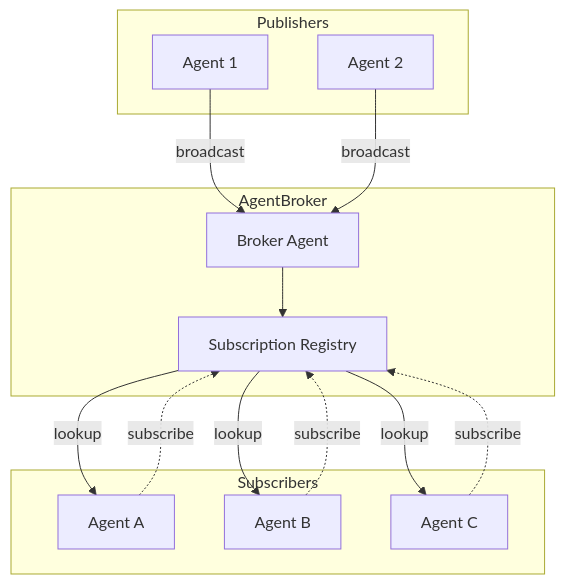
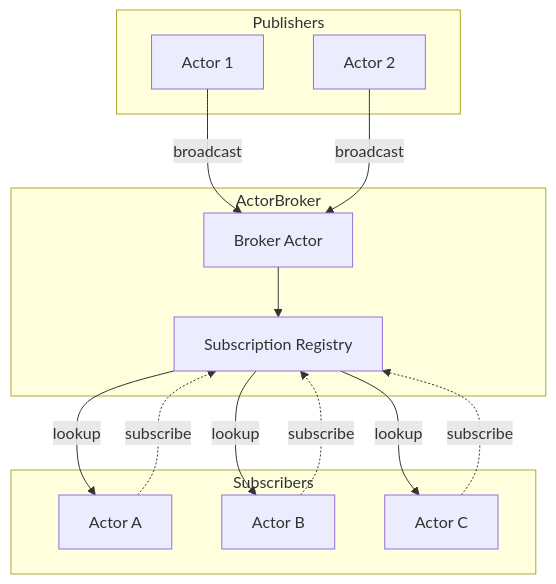
The seventh of 12 diagrams in acton-docs-site/src/app/docs/architecture/page.md (Govcraft/acton-reactive), drawn with Mermaid before and after one commit. The commit also changed other lines of this file and 115 other files, not shown here.

````diff
--- a/acton-docs-site/src/app/docs/architecture/page.md
+++ b/acton-docs-site/src/app/docs/architecture/page.md
@@ -311,30 +341,30 @@
 ```mermaid
 graph TB
     subgraph Publishers
-        Pub1["Agent 1"]
-        Pub2["Agent 2"]
+        Pub1["Actor 1"]
+        Pub2["Actor 2"]
     end
 
-    subgraph BrokerSubgraph["AgentBroker"]
-        BrokerAgent["Broker Agent"]
+    subgraph BrokerSubgraph["ActorBroker"]
+        BrokerActor["Broker Actor"]
         SubRegistry["Subscription Registry"]
     end
 
     subgraph Subscribers
-        Sub1["Agent A"]
-        Sub2["Agent B"]
-        Sub3["Agent C"]
+        Sub1["Actor A"]
+        Sub2["Actor B"]
+        Sub3["Actor C"]
     end
 
-    Pub1 -->|broadcast| BrokerAgent
-    Pub2 -->|broadcast| BrokerAgent
+    Pub1 -->|broadcast| BrokerActor
+    Pub2 -->|broadcast| BrokerActor
 
-    BrokerAgent --> SubRegistry
+    BrokerActor --> SubRegistry
     SubRegistry -->|lookup| Sub1
     SubRegistry -->|lookup| Sub2
     SubRegistry -->|lookup| Sub3
 
     Sub1 -.->|subscribe| SubRegistry
     Sub2 -.->|subscribe| SubRegistry
     Sub3 -.->|subscribe| SubRegistry
 ```
````
